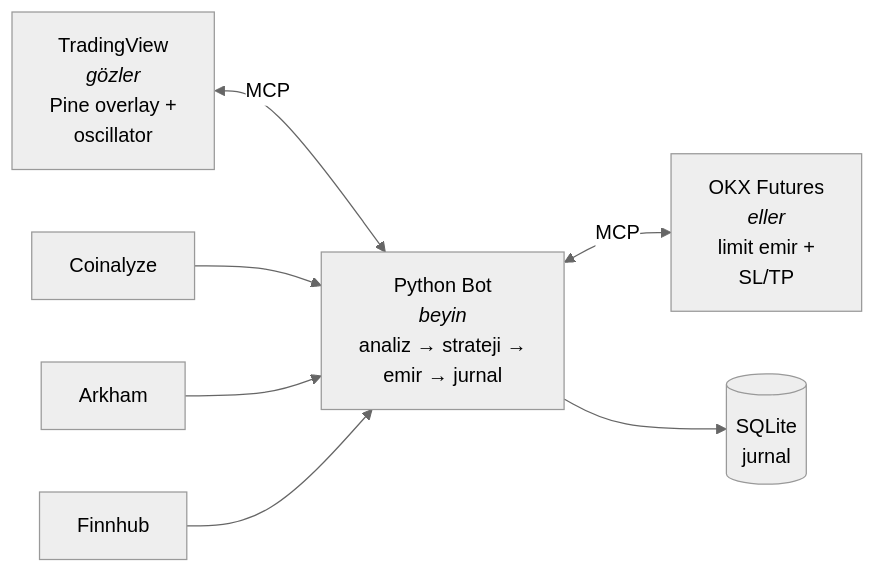
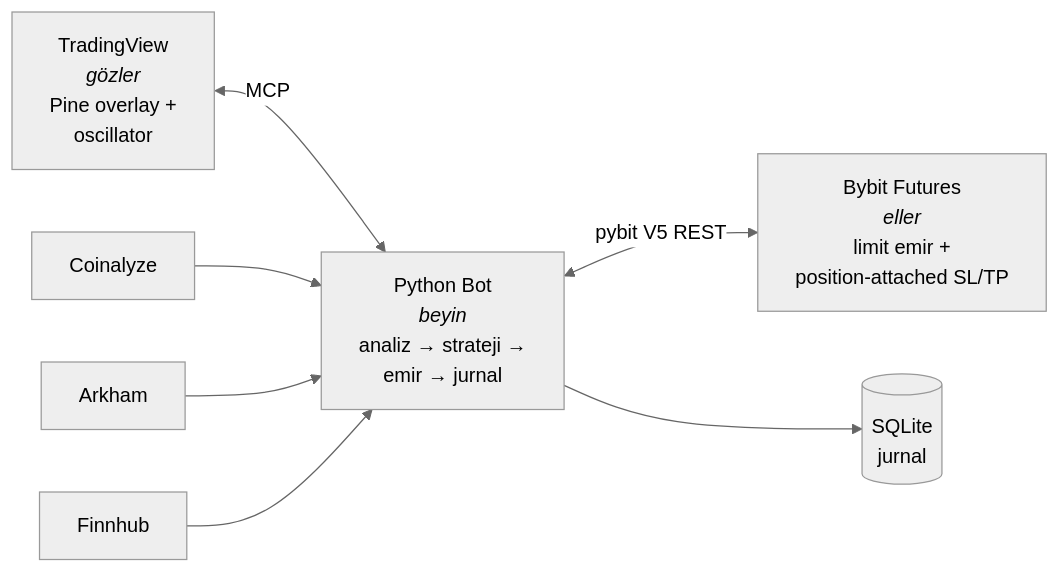
Before and after one commit to last-26/SMTbot: the first of 3 diagrams in README.md, drawn with Mermaid (neutral theme). The commit also changed other lines of this file and 29 other files, not shown here.

````diff
--- a/README.md
+++ b/README.md
@@ -33,15 +33,15 @@
 ```mermaid
 flowchart LR
     TV["TradingView<br/><i>gözler</i><br/>Pine overlay +<br/>oscillator"]
     BOT["Python Bot<br/><i>beyin</i><br/>analiz → strateji →<br/>emir → jurnal"]
-    OKX["OKX Futures<br/><i>eller</i><br/>limit emir +<br/>SL/TP"]
+    BYB["Bybit Futures<br/><i>eller</i><br/>limit emir +<br/>position-attached SL/TP"]
 
     TV <-- "MCP" --> BOT
-    BOT <-- "MCP" --> OKX
+    BOT <-- "pybit V5 REST" --> BYB
 
     COIN["Coinalyze"] --> BOT
     ARK["Arkham"] --> BOT
     FIN["Finnhub"] --> BOT
 
     BOT --> DB[("SQLite<br/>jurnal")]
 ```
````
